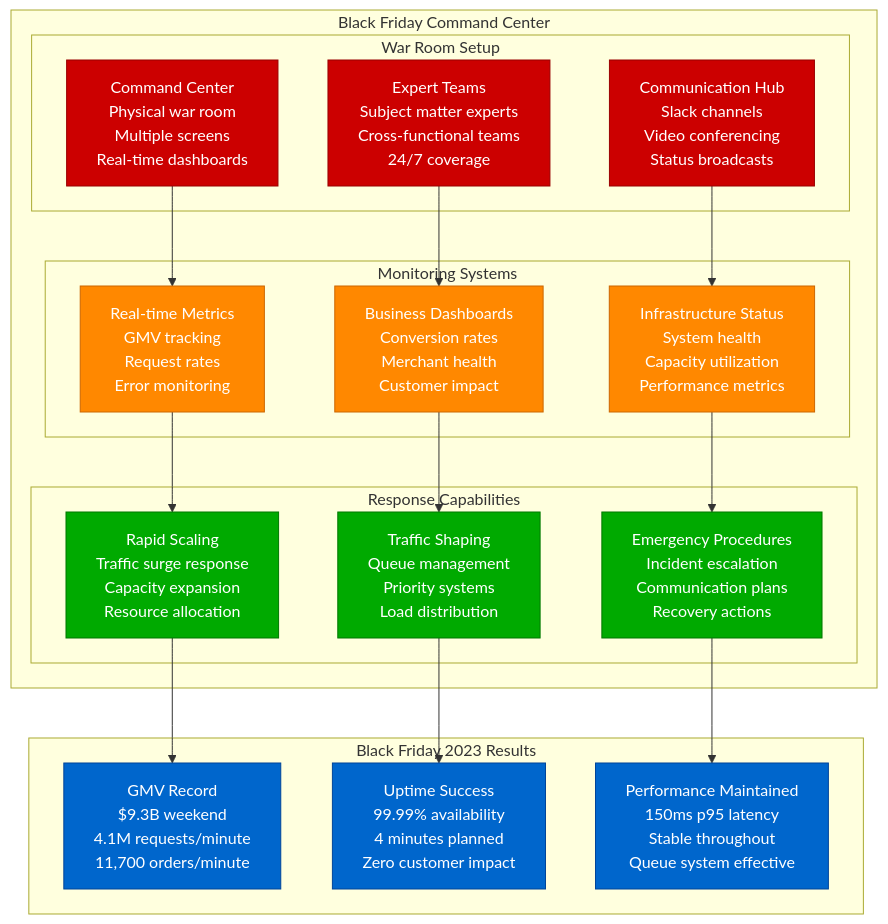
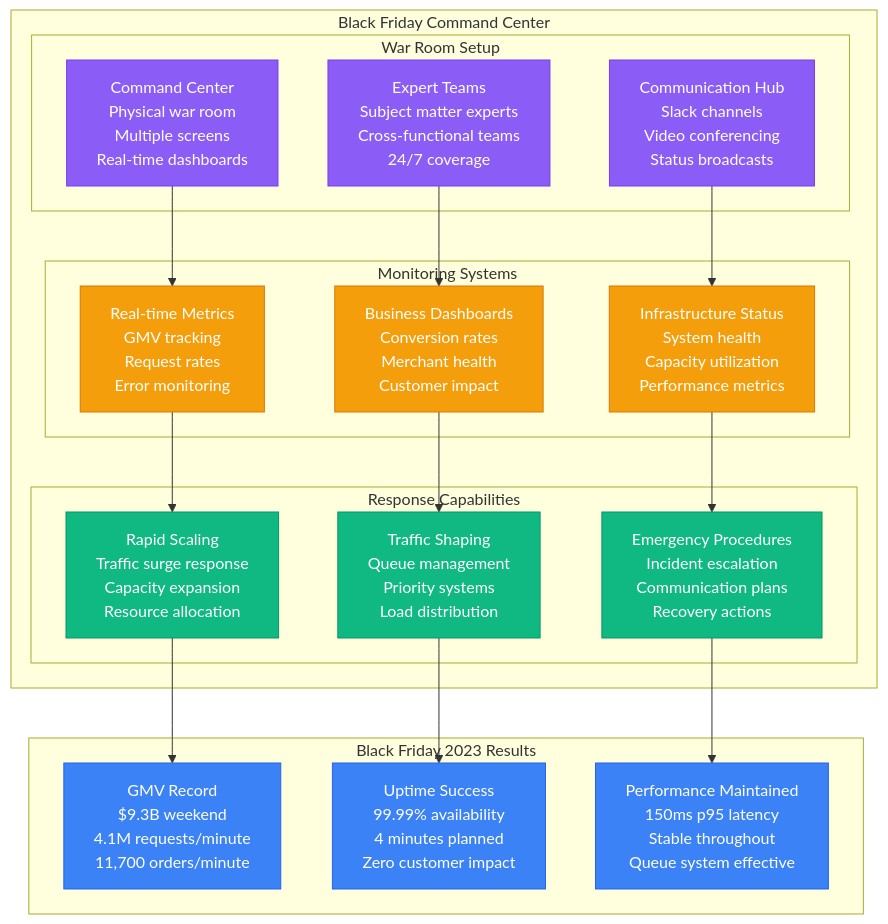
The fourth of 9 diagrams in site/docs/systems/shopify/production-operations.md (deepaucksharma/DS), drawn with Mermaid before and after one commit. The commit also changed other lines of this file and 303 other files, not shown here.

````diff
--- a/site/docs/systems/shopify/production-operations.md
+++ b/site/docs/systems/shopify/production-operations.md
@@ -205,54 +205,54 @@
 ```mermaid
 graph TB
     subgraph "Black Friday Command Center"
         subgraph "War Room Setup"
             COMMAND_CENTER[Command Center<br/>Physical war room<br/>Multiple screens<br/>Real-time dashboards]
             EXPERT_TEAMS[Expert Teams<br/>Subject matter experts<br/>Cross-functional teams<br/>24/7 coverage]
             COMMUNICATION_HUB[Communication Hub<br/>Slack channels<br/>Video conferencing<br/>Status broadcasts]
         end
 
         subgraph "Monitoring Systems"
             REAL_TIME_METRICS[Real-time Metrics<br/>GMV tracking<br/>Request rates<br/>Error monitoring]
             BUSINESS_DASHBOARDS[Business Dashboards<br/>Conversion rates<br/>Merchant health<br/>Customer impact]
             INFRASTRUCTURE_STATUS[Infrastructure Status<br/>System health<br/>Capacity utilization<br/>Performance metrics]
         end
 
         subgraph "Response Capabilities"
             RAPID_SCALING[Rapid Scaling<br/>Traffic surge response<br/>Capacity expansion<br/>Resource allocation]
             TRAFFIC_SHAPING[Traffic Shaping<br/>Queue management<br/>Priority systems<br/>Load distribution]
             EMERGENCY_PROCEDURES[Emergency Procedures<br/>Incident escalation<br/>Communication plans<br/>Recovery actions]
         end
     end
 
     %% War room coordination
     COMMAND_CENTER --> REAL_TIME_METRICS
     EXPERT_TEAMS --> BUSINESS_DASHBOARDS
     COMMUNICATION_HUB --> INFRASTRUCTURE_STATUS
 
     REAL_TIME_METRICS --> RAPID_SCALING
     BUSINESS_DASHBOARDS --> TRAFFIC_SHAPING
     INFRASTRUCTURE_STATUS --> EMERGENCY_PROCEDURES
 
     subgraph "Black Friday 2023 Results"
         GMV_RECORD[GMV Record<br/>$9.3B weekend<br/>4.1M requests/minute<br/>11,700 orders/minute]
 
         UPTIME_SUCCESS[Uptime Success<br/>99.99% availability<br/>4 minutes planned<br/>Zero customer impact]
 
         PERFORMANCE_MAINTAINED[Performance Maintained<br/>150ms p95 latency<br/>Stable throughout<br/>Queue system effective]
     end
 
     RAPID_SCALING --> GMV_RECORD
     TRAFFIC_SHAPING --> UPTIME_SUCCESS
     EMERGENCY_PROCEDURES --> PERFORMANCE_MAINTAINED
 
     %% Apply Black Friday colors
-    classDef warRoomStyle fill:#CC0000,stroke:#990000,color:#fff
-    classDef monitoringStyle fill:#FF8800,stroke:#CC6600,color:#fff
-    classDef responseStyle fill:#00AA00,stroke:#007700,color:#fff
-    classDef successStyle fill:#0066CC,stroke:#004499,color:#fff
+    classDef warRoomStyle fill:#8B5CF6,stroke:#7C3AED,color:#fff
+    classDef monitoringStyle fill:#F59E0B,stroke:#D97706,color:#fff
+    classDef responseStyle fill:#10B981,stroke:#059669,color:#fff
+    classDef successStyle fill:#3B82F6,stroke:#2563EB,color:#fff
 
     class COMMAND_CENTER,EXPERT_TEAMS,COMMUNICATION_HUB warRoomStyle
     class REAL_TIME_METRICS,BUSINESS_DASHBOARDS,INFRASTRUCTURE_STATUS monitoringStyle
     class RAPID_SCALING,TRAFFIC_SHAPING,EMERGENCY_PROCEDURES responseStyle
     class GMV_RECORD,UPTIME_SUCCESS,PERFORMANCE_MAINTAINED successStyle
 ```
````
